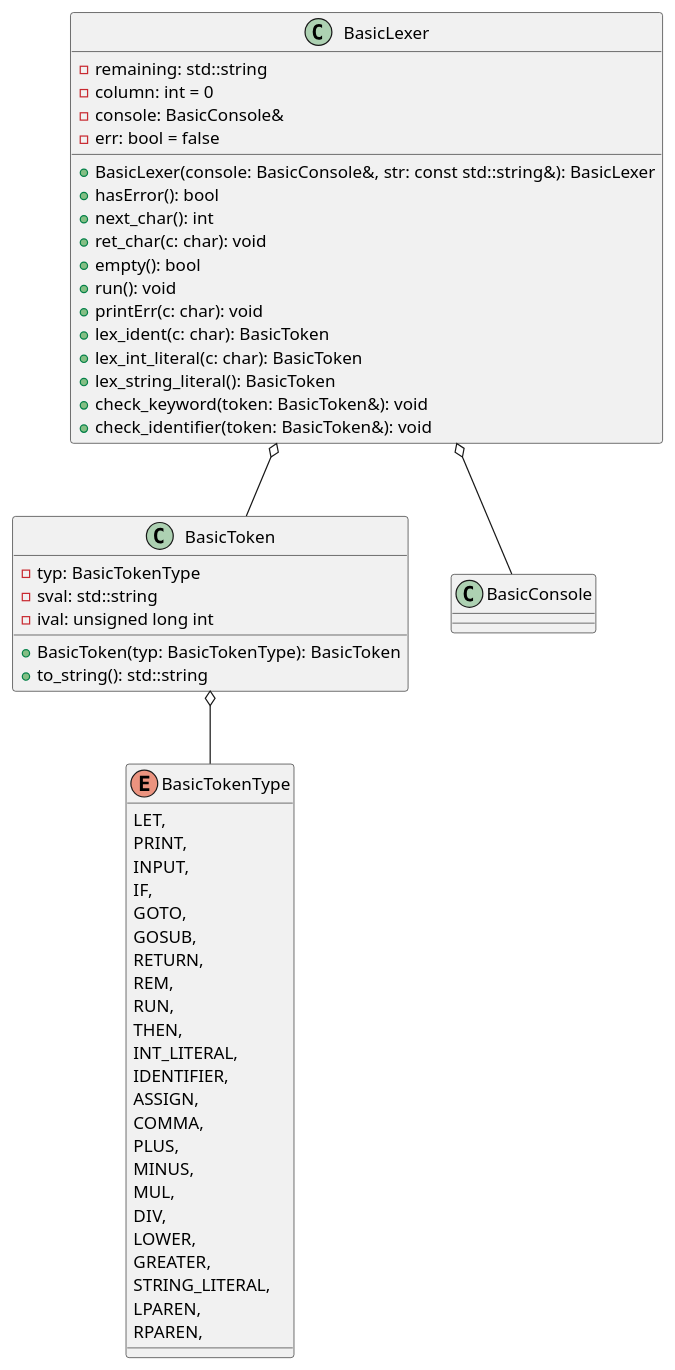
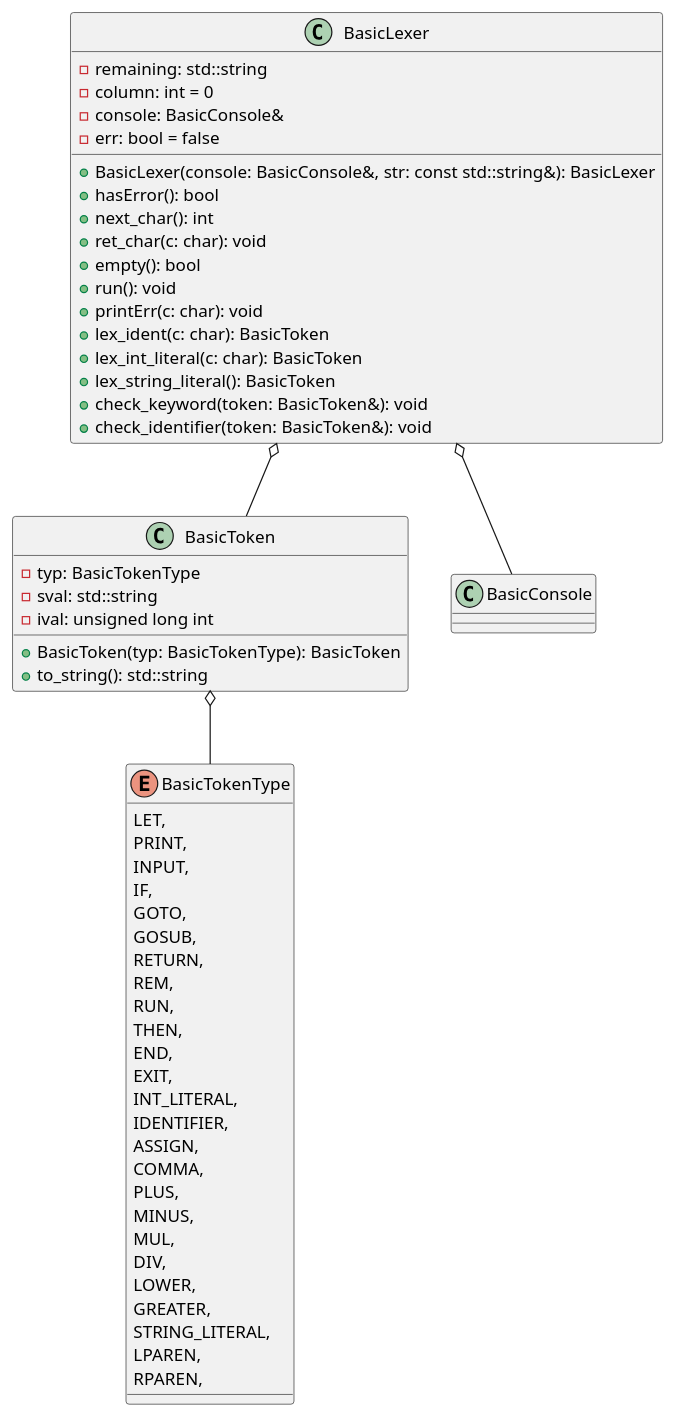
Before and after one commit to rossonlinesolutions/BASIC: the diagram in Documentation/LexerClasses.puml, drawn with PlantUML. The commit also changed 7 other files, not shown here.

```diff
--- a/Documentation/LexerClasses.puml
+++ b/Documentation/LexerClasses.puml
@@ -1,60 +1,62 @@
 @startuml Lexer classes
 enum BasicTokenType {
     LET,
     PRINT,
     INPUT,
     IF,
     GOTO,
     GOSUB,
     RETURN,
     REM,
     RUN,
     THEN,
+    END,
+    EXIT,
     INT_LITERAL,
     IDENTIFIER,
     ASSIGN,
     COMMA,
     PLUS,
     MINUS,
     MUL,
     DIV,
     LOWER,
     GREATER,
     STRING_LITERAL,
     LPAREN,
     RPAREN,
 }
 
 class BasicToken {
     - typ: BasicTokenType
     - sval: std::string
     - ival: unsigned long int
     + BasicToken(typ: BasicTokenType): BasicToken
     + to_string(): std::string
 }
 
 class BasicLexer {
     - remaining: std::string
     - column: int = 0
     'console for error reporting
     - console: BasicConsole&
     - err: bool = false
     + BasicLexer(console: BasicConsole&, str: const std::string&): BasicLexer
     + hasError(): bool
     + next_char(): int
     + ret_char(c: char): void
     + empty(): bool
     + run(): void
     + printErr(c: char): void
     + lex_ident(c: char): BasicToken
     + lex_int_literal(c: char): BasicToken
     + lex_string_literal(): BasicToken
     + check_keyword(token: BasicToken&): void
     + check_identifier(token: BasicToken&): void
 }
 
 BasicToken o-- BasicTokenType
 BasicLexer o-- BasicConsole
 BasicLexer o-- BasicToken
 
 @enduml
```
